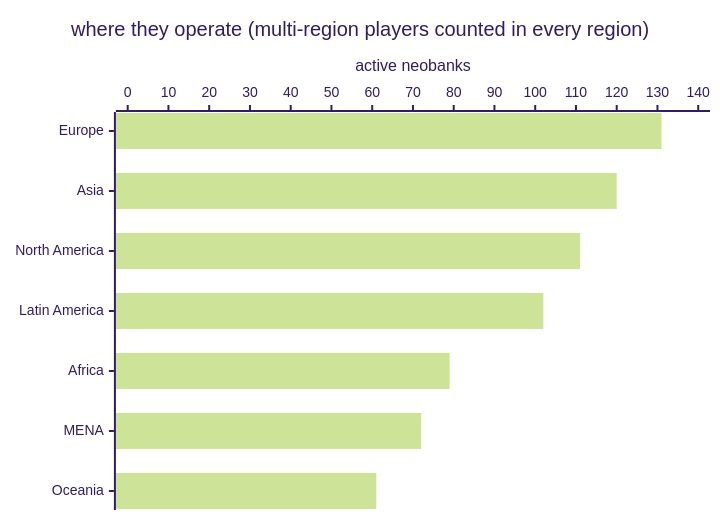
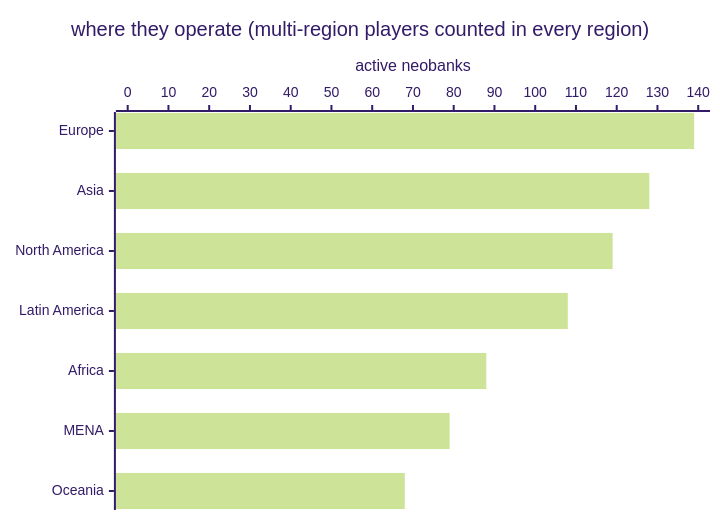
One commit to andreolf/neobankbeat changed the third of 3 diagrams in README.md. Above: the diagram before and after it, drawn with Mermaid (forest theme). The commit also changed other lines of this file and 1471 other files, not shown here.

````diff
--- a/README.md
+++ b/README.md
@@ -58,7 +59,7 @@
 ```mermaid
 xychart-beta horizontal
     title "where they operate (multi-region players counted in every region)"
     x-axis ["Europe", "Asia", "North America", "Latin America", "Africa", "MENA", "Oceania"]
     y-axis "active neobanks" 0 --> 140
-    bar [131, 120, 111, 102, 79, 72, 61]
+    bar [139, 128, 119, 108, 88, 79, 68]
 ```
````
